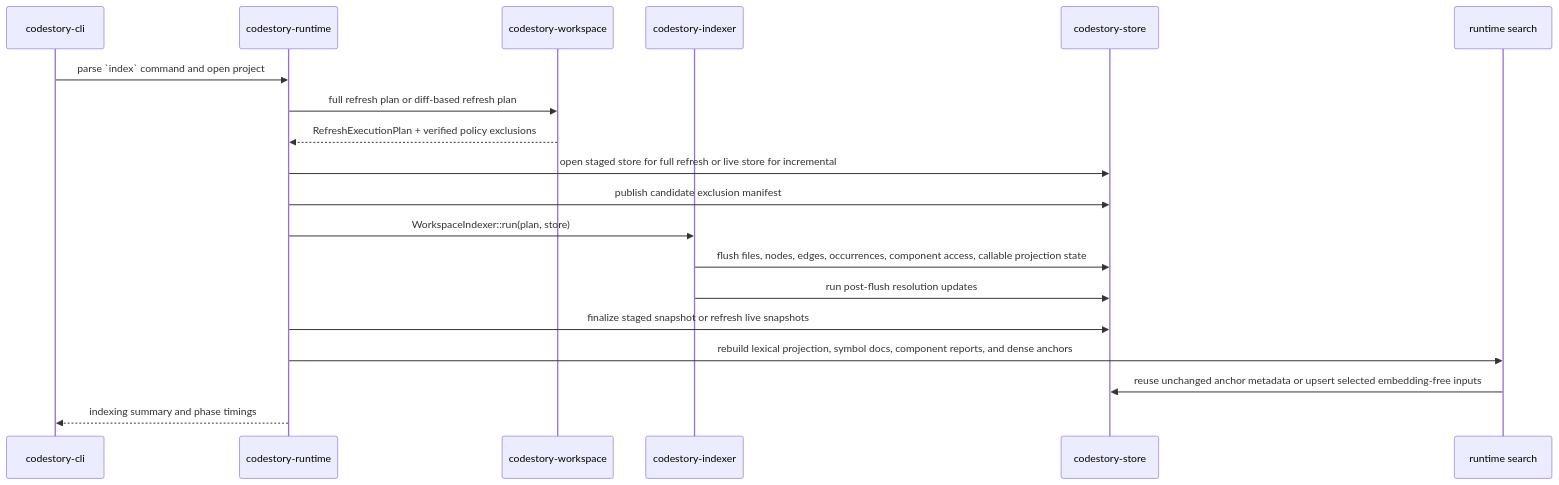
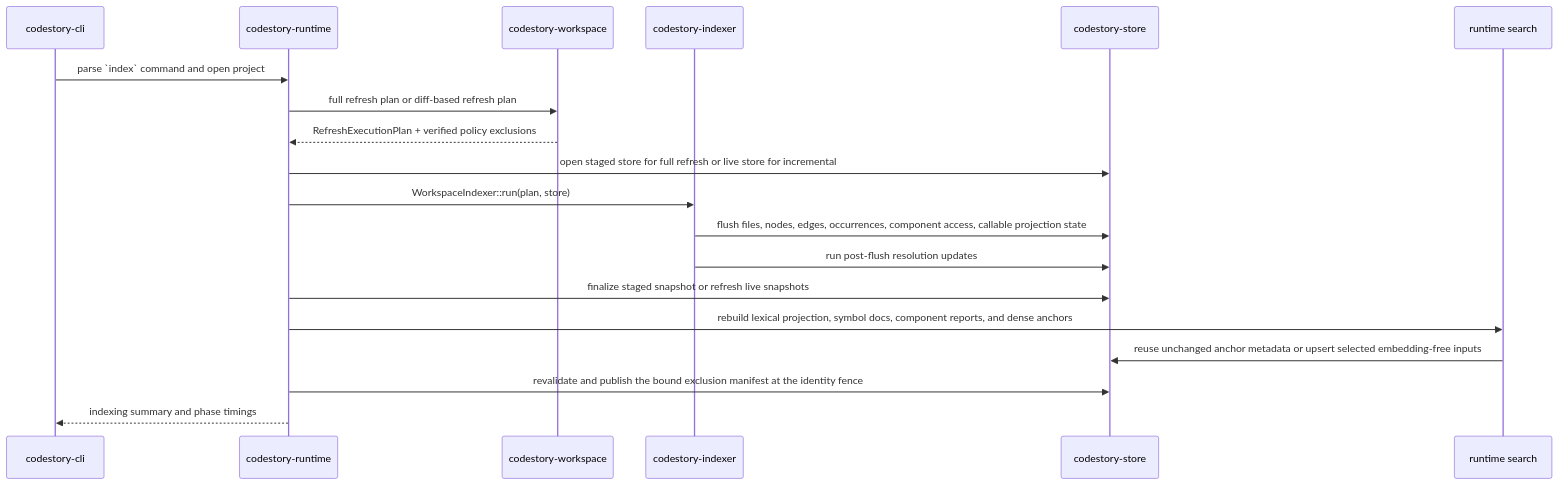
The first of 3 diagrams in docs/architecture/indexing-pipeline.md (TheGreenCedar/CodeStory), drawn with Mermaid before and after one commit. The commit also changed 8 other files, not shown here.

````diff
--- a/docs/architecture/indexing-pipeline.md
+++ b/docs/architecture/indexing-pipeline.md
@@ -18,22 +18,22 @@
 ```mermaid
 sequenceDiagram
     participant CLI as codestory-cli
     participant Runtime as codestory-runtime
     participant Workspace as codestory-workspace
     participant Indexer as codestory-indexer
     participant Store as codestory-store
     participant Search as runtime search
 
     CLI->>Runtime: parse `index` command and open project
     Runtime->>Workspace: full refresh plan or diff-based refresh plan
     Workspace-->>Runtime: RefreshExecutionPlan + verified policy exclusions
     Runtime->>Store: open staged store for full refresh or live store for incremental
-    Runtime->>Store: publish candidate exclusion manifest
     Runtime->>Indexer: WorkspaceIndexer::run(plan, store)
     Indexer->>Store: flush files, nodes, edges, occurrences, component access, callable projection state
     Indexer->>Store: run post-flush resolution updates
     Runtime->>Store: finalize staged snapshot or refresh live snapshots
     Runtime->>Search: rebuild lexical projection, symbol docs, component reports, and dense anchors
     Search->>Store: reuse unchanged anchor metadata or upsert selected embedding-free inputs
+    Runtime->>Store: revalidate and publish the bound exclusion manifest at the identity fence
     Runtime-->>CLI: indexing summary and phase timings
 ```
````
